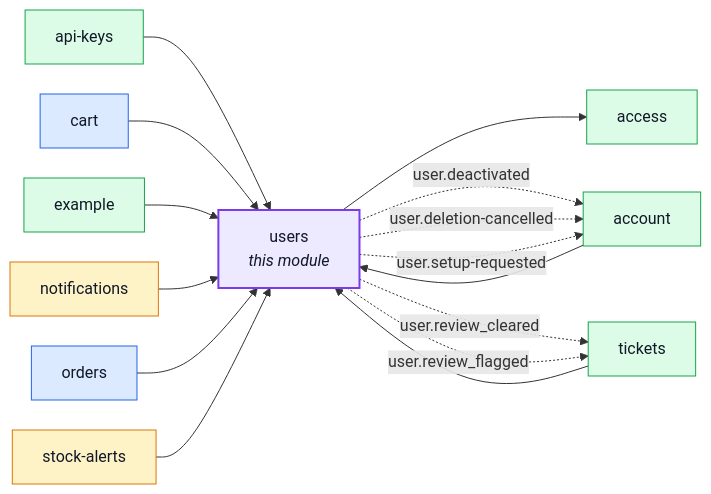
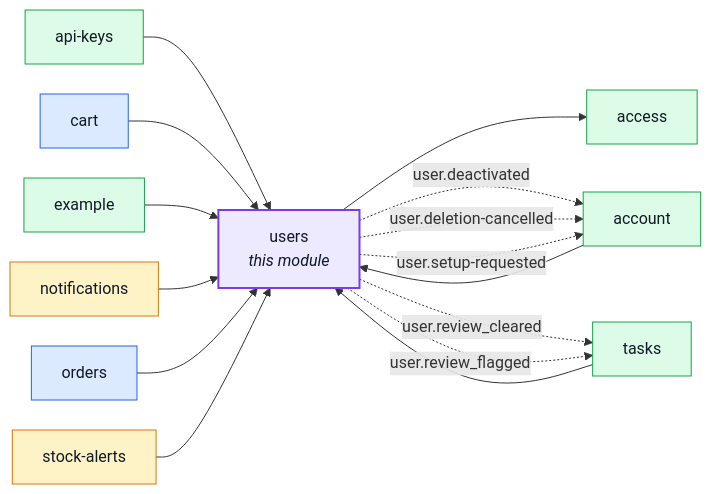
The first of 3 diagrams in docs/modules/users.md (Guebbit/boilerplate-node-backend), drawn with Mermaid before and after one commit. The commit also changed other lines of this file and 251 other files, not shown here.

First line of the commit message:
refactor(tasks)!: rename the tickets module to tasks, contract included

````diff
--- a/docs/modules/users.md
+++ b/docs/modules/users.md
@@ -16,38 +16,38 @@
 ```mermaid
 %%{init: {'flowchart': {'nodeSpacing': 30, 'rankSpacing': 60}}}%%
 flowchart LR
     users["users<br/><i>this module</i>"]
     access["access"]
     account["account"]
     api_keys["api-keys"]
     cart["cart"]
     example["example"]
     notifications["notifications"]
     orders["orders"]
     stock_alerts["stock-alerts"]
-    tickets["tickets"]
+    tasks["tasks"]
 
     account --> users
     api_keys --> users
     cart --> users
     example --> users
     notifications --> users
     orders --> users
     stock_alerts --> users
-    tickets --> users
+    tasks --> users
     users --> access
     users -. "user.deactivated" .-> account
     users -. "user.deletion-cancelled" .-> account
     users -. "user.setup-requested" .-> account
-    users -. "user.review_cleared" .-> tickets
-    users -. "user.review_flagged" .-> tickets
+    users -. "user.review_cleared" .-> tasks
+    users -. "user.review_flagged" .-> tasks
 
     classDef core fill:#dbeafe,stroke:#2563eb,color:#111827;
     classDef supporting fill:#fef3c7,stroke:#d97706,color:#111827;
     classDef generic fill:#dcfce7,stroke:#16a34a,color:#111827;
     classDef centre fill:#ede9fe,stroke:#7c3aed,stroke-width:2px,color:#111827;
     class cart,orders core;
     class notifications,stock_alerts supporting;
-    class access,account,api_keys,example,tickets generic;
+    class access,account,api_keys,example,tasks generic;
     class users centre;
 ```
````
